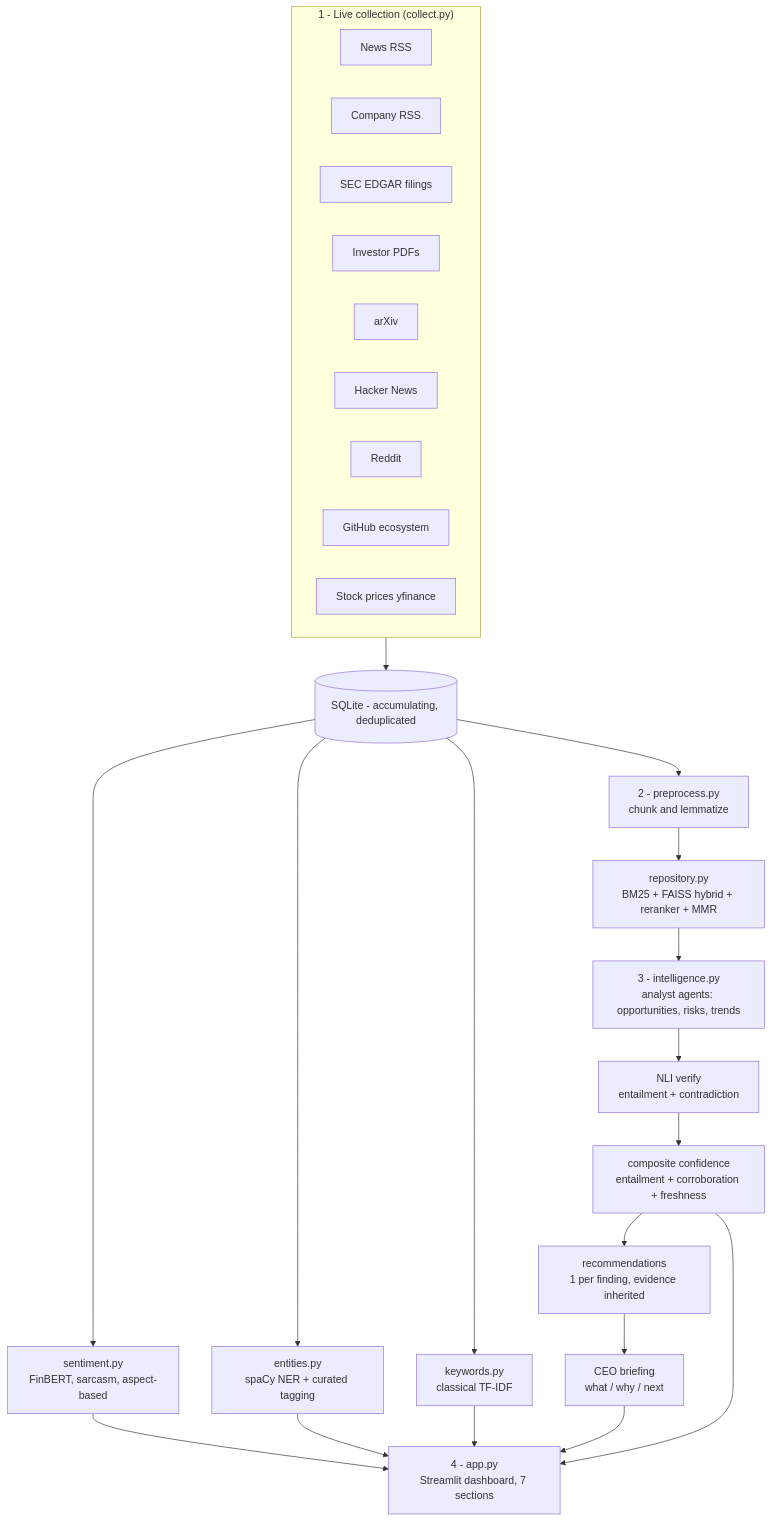
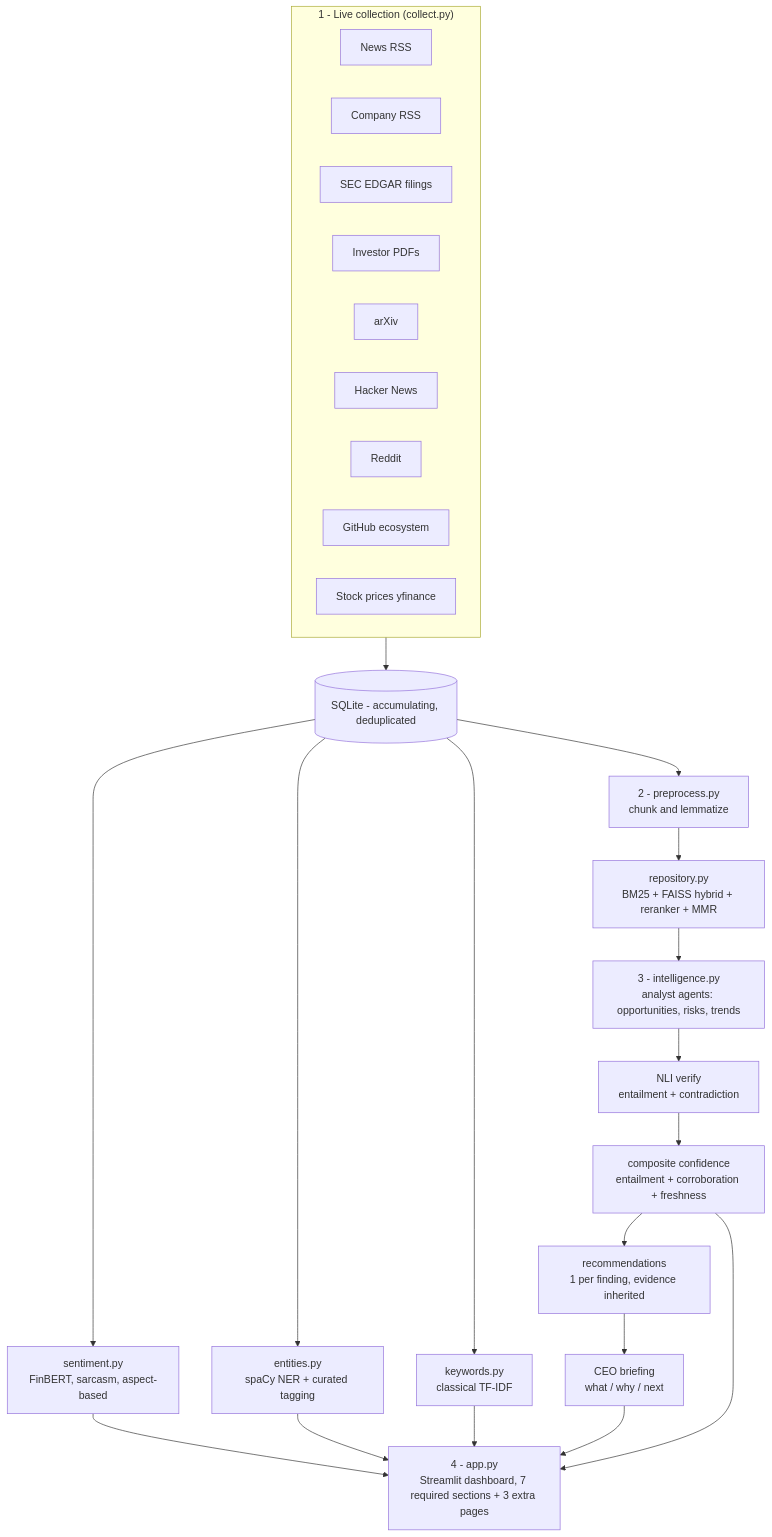
The diagram in README.md (AnushkaSDBI/NVIDIA-CEO-AGENT), drawn with Mermaid before and after one commit. The commit also changed other lines of this file and 5 other files, not shown here.

````diff
--- a/README.md
+++ b/README.md
@@ -19,30 +125,31 @@
 ```mermaid
 flowchart TD
     subgraph Collect["1 - Live collection (collect.py)"]
         N[News RSS]
         C[Company RSS]
         S[SEC EDGAR filings]
         P[Investor PDFs]
         A[arXiv]
         H[Hacker News]
         R[Reddit]
         G[GitHub ecosystem]
         M[Stock prices yfinance]
     end
+
     Collect --> DB[(SQLite - accumulating, deduplicated)]
     DB --> PRE[2 - preprocess.py<br/>chunk and lemmatize]
     PRE --> IDX[repository.py<br/>BM25 + FAISS hybrid + reranker + MMR]
     DB --> SENT[sentiment.py<br/>FinBERT, sarcasm, aspect-based]
     DB --> ENT[entities.py<br/>spaCy NER + curated tagging]
     DB --> KW[keywords.py<br/>classical TF-IDF]
     IDX --> IE[3 - intelligence.py<br/>analyst agents: opportunities, risks, trends]
     IE --> VER[NLI verify<br/>entailment + contradiction]
     VER --> SCORE[composite confidence<br/>entailment + corroboration + freshness]
     SCORE --> REC[recommendations<br/>1 per finding, evidence inherited]
     REC --> BRIEF[CEO briefing<br/>what / why / next]
     SENT --> APP
     ENT --> APP
     KW --> APP
-    BRIEF --> APP[4 - app.py<br/>Streamlit dashboard, 7 sections]
+    BRIEF --> APP[4 - app.py<br/>Streamlit dashboard, 7 required sections + 3 extra pages]
     SCORE --> APP
 ```
````
